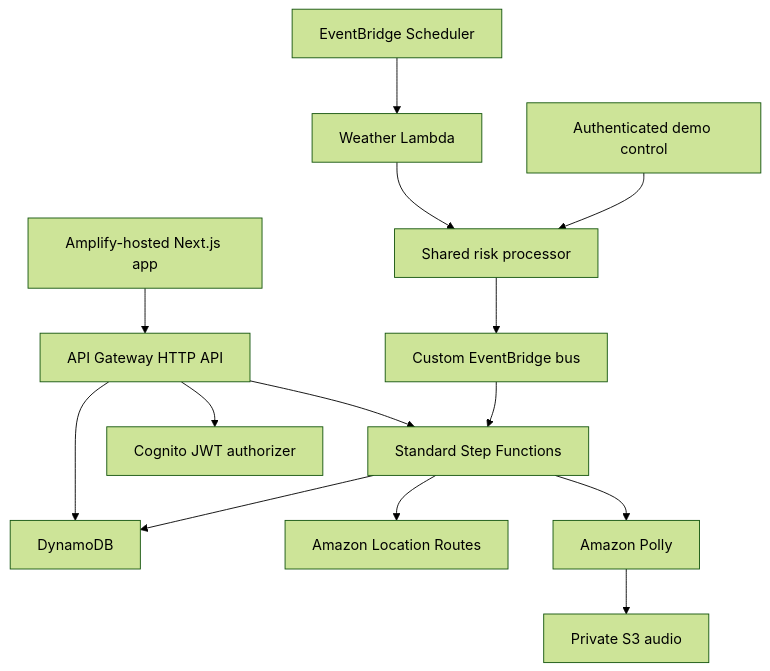
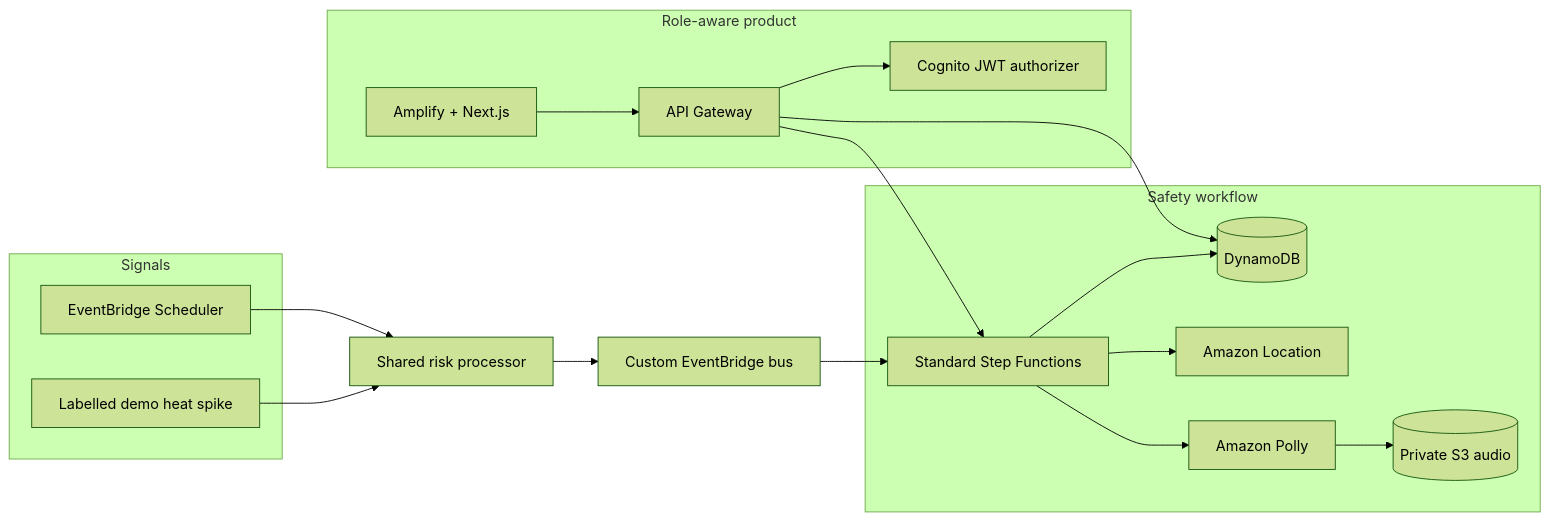
One commit to abhinav0singh/TapSaathi changed the diagram in README.md. Above: the diagram before and after it, drawn with Mermaid (forest theme). The commit also changed other lines of this file and 10 other files, not shown here.

````diff
--- a/README.md
+++ b/README.md
@@ -25,16 +53,26 @@
 ```mermaid
-flowchart TD
-    A[EventBridge Scheduler] --> B[Weather Lambda]
-    C[Authenticated demo control] --> D[Shared risk processor]
-    B --> D
-    D --> E[Custom EventBridge bus]
-    E --> F[Standard Step Functions]
-    F --> G[DynamoDB]
-    F --> H[Amazon Location Routes]
-    F --> I[Amazon Polly]
-    I --> J[Private S3 audio]
-    K[Amplify-hosted Next.js app] --> L[API Gateway HTTP API]
-    L --> M[Cognito JWT authorizer]
-    L --> G
-    L --> F
+flowchart LR
+    subgraph Signals
+      A[EventBridge Scheduler]
+      B[Labelled demo heat spike]
+    end
+
+    A --> C[Shared risk processor]
+    B --> C
+    C --> D[Custom EventBridge bus]
+    D --> E[Standard Step Functions]
+
+    subgraph Safety workflow
+      E --> F[(DynamoDB)]
+      E --> G[Amazon Location]
+      E --> H[Amazon Polly]
+      H --> I[(Private S3 audio)]
+    end
+
+    subgraph Role-aware product
+      J[Amplify + Next.js] --> K[API Gateway]
+      K --> L[Cognito JWT authorizer]
+      K --> F
+      K --> E
+    end
 ```
````
